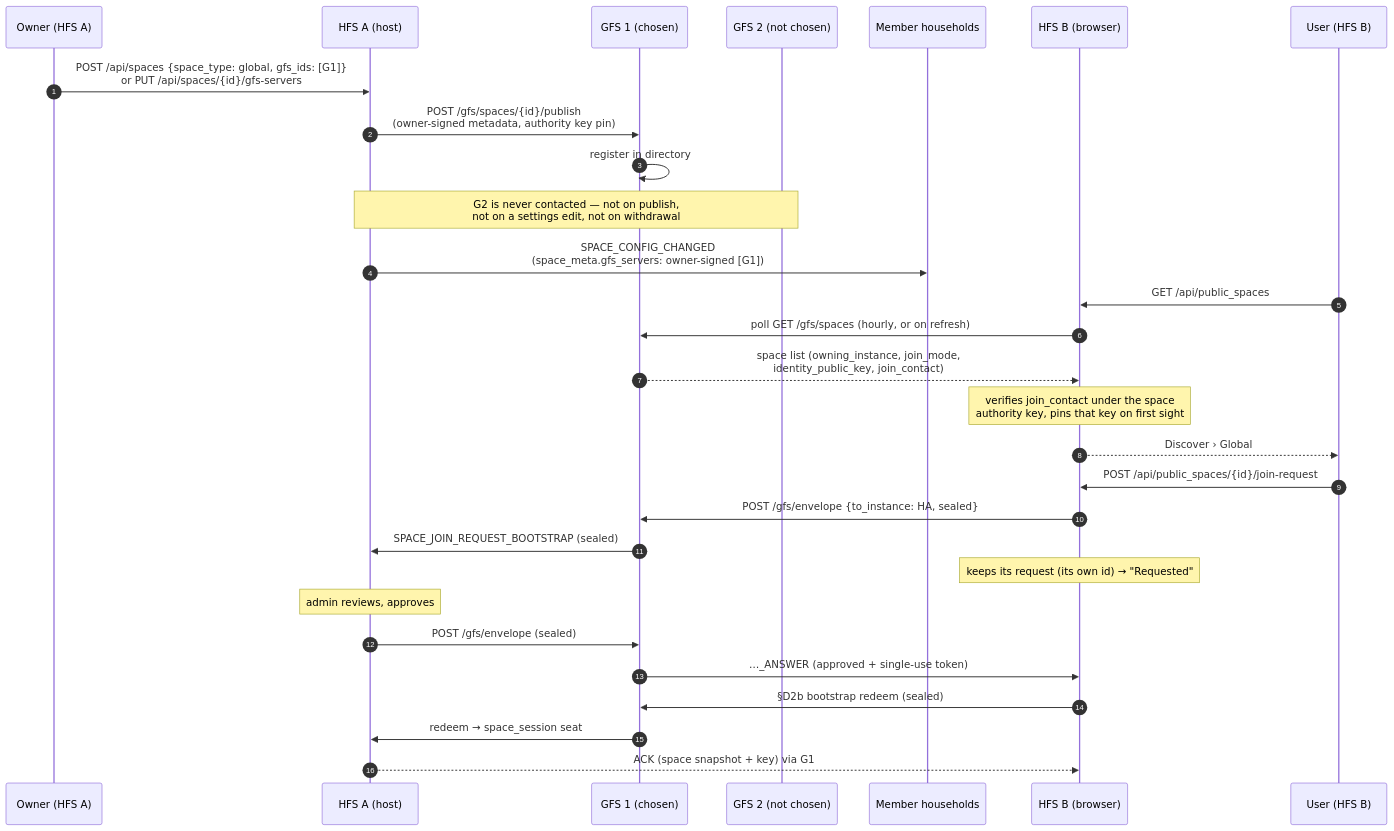
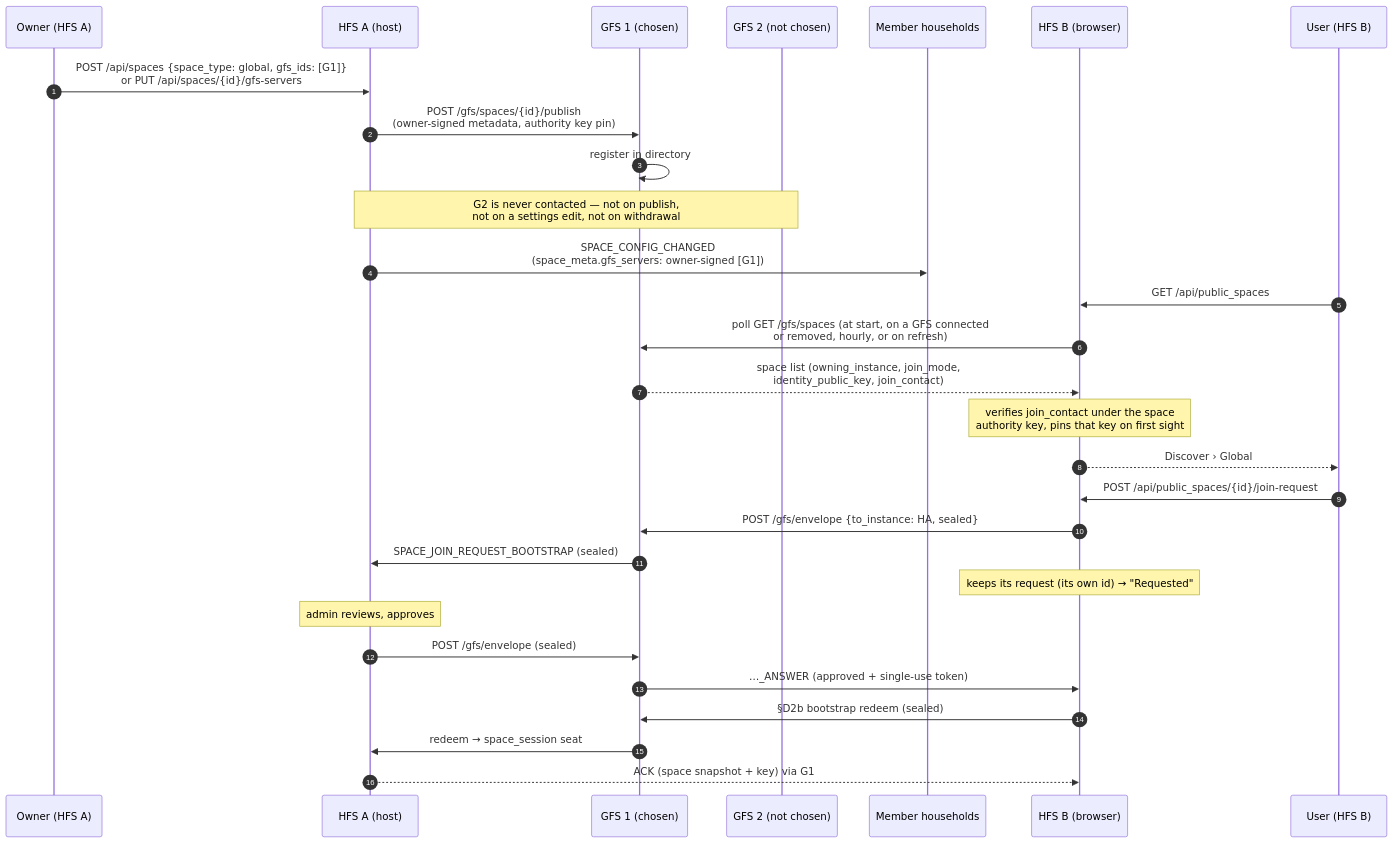
Diagram 15 of 15 in docs/protocol/discovery.md (social-home-io/socialhome), drawn with Mermaid before and after one commit. The commit also changed other lines of this file and 9 other files, not shown here.

First line of the commit message:
Global spaces show up right after connecting to a GFS, no restart needed

````diff
--- a/docs/protocol/discovery.md
+++ b/docs/protocol/discovery.md
@@ -4055,31 +4055,31 @@
 ```mermaid
 sequenceDiagram
     autonumber
     participant O as Owner (HFS A)
     participant HA as HFS A (host)
     participant G1 as GFS 1 (chosen)
     participant G2 as GFS 2 (not chosen)
     participant M as Member households
     participant HB as HFS B (browser)
     participant UB as User (HFS B)
     O->>HA: POST /api/spaces {space_type: global, gfs_ids: [G1]}<br/>or PUT /api/spaces/{id}/gfs-servers
     HA->>G1: POST /gfs/spaces/{id}/publish<br/>(owner-signed metadata, authority key pin)
     G1->>G1: register in directory
     Note over HA,G2: G2 is never contacted — not on publish,<br/>not on a settings edit, not on withdrawal
     HA->>M: SPACE_CONFIG_CHANGED<br/>(space_meta.gfs_servers: owner-signed [G1])
     UB->>HB: GET /api/public_spaces
-    HB->>G1: poll GET /gfs/spaces (hourly, or on refresh)
+    HB->>G1: poll GET /gfs/spaces (at start, on a GFS connected<br/>or removed, hourly, or on refresh)
     G1-->>HB: space list (owning_instance, join_mode,<br/>identity_public_key, join_contact)
     Note over HB: verifies join_contact under the space<br/>authority key, pins that key on first sight
     HB-->>UB: Discover › Global
     UB->>HB: POST /api/public_spaces/{id}/join-request
     HB->>G1: POST /gfs/envelope {to_instance: HA, sealed}
     G1->>HA: SPACE_JOIN_REQUEST_BOOTSTRAP (sealed)
     Note over HB: keeps its request (its own id) → "Requested"
     Note over HA: admin reviews, approves
     HA->>G1: POST /gfs/envelope (sealed)
     G1->>HB: …_ANSWER (approved + single-use token)
     HB->>G1: §D2b bootstrap redeem (sealed)
     G1->>HA: redeem → space_session seat
     HA-->>HB: ACK (space snapshot + key) via G1
 ```
````
